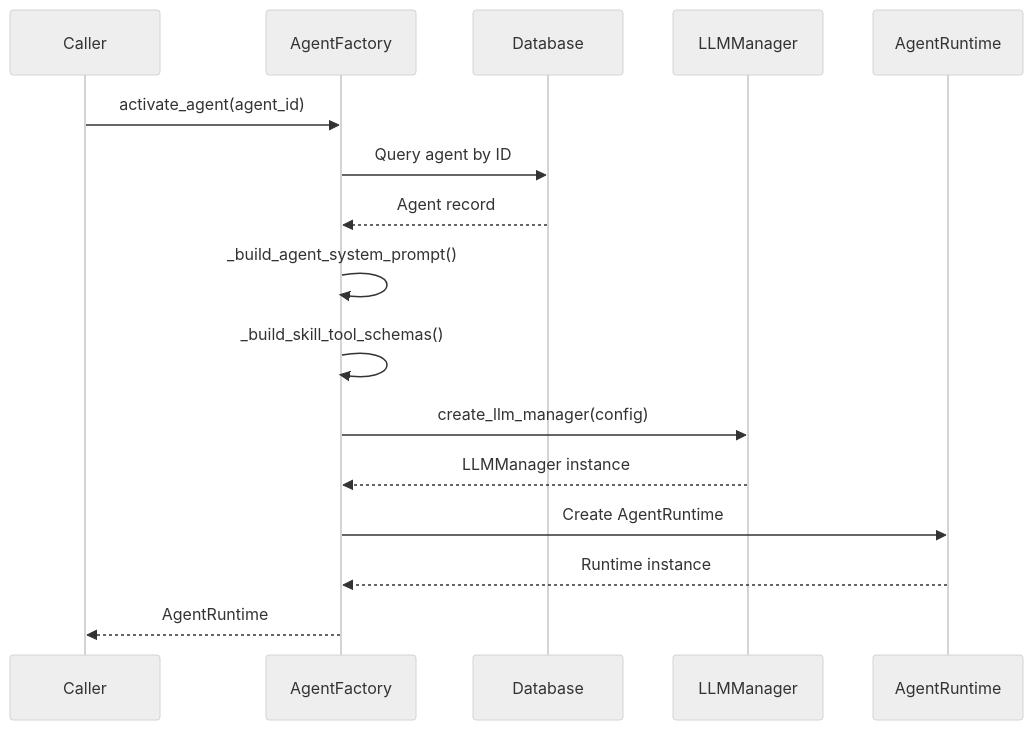
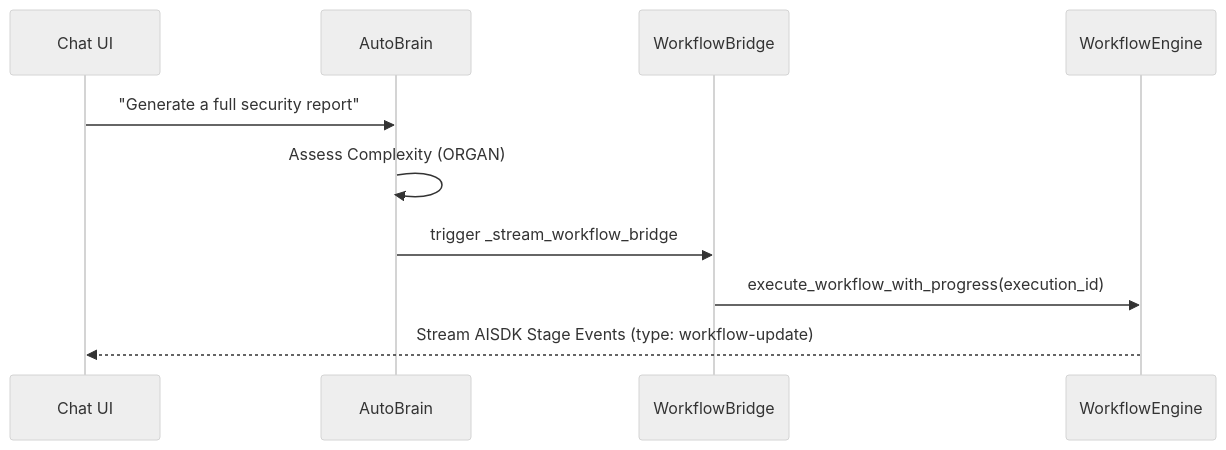
One commit to AutomatosAI/automatos-ai changed the third of 4 diagrams in docs/getting-started/quick-start-tutorial.md. Above: the diagram before and after it, drawn with Mermaid (neutral theme). The commit also changed other lines of this file and 149 other files, not shown here.

Commit message:
docs: refresh documentation with graphify semantic scan

````diff
--- a/docs/getting-started/quick-start-tutorial.md
+++ b/docs/getting-started/quick-start-tutorial.md
@@ -170,22 +137,13 @@
 ```mermaid
 sequenceDiagram
-    participant Caller
-    participant Factory as AgentFactory
-    participant DB as Database
-    participant LLM as LLMManager
-    participant Runtime as AgentRuntime
+    participant UI as Chat UI
+    participant AB as AutoBrain
+    participant WB as WorkflowBridge
+    participant WE as WorkflowEngine
     
-    Caller->>Factory: activate_agent(agent_id)
-    Factory->>DB: Query agent by ID
-    DB-->>Factory: Agent record
-    
-    Factory->>Factory: _build_agent_system_prompt()
-    Factory->>Factory: _build_skill_tool_schemas()
-    
-    Factory->>LLM: create_llm_manager(config)
-    LLM-->>Factory: LLMManager instance
-    
-    Factory->>Runtime: Create AgentRuntime
-    Runtime-->>Factory: Runtime instance
-    Factory-->>Caller: AgentRuntime
+    UI->>AB: "Generate a full security report"
+    AB->>AB: Assess Complexity (ORGAN)
+    AB->>WB: trigger _stream_workflow_bridge
+    WB->>WE: execute_workflow_with_progress(execution_id)
+    WE-->>UI: Stream AISDK Stage Events (type: workflow-update)
 ```
````
